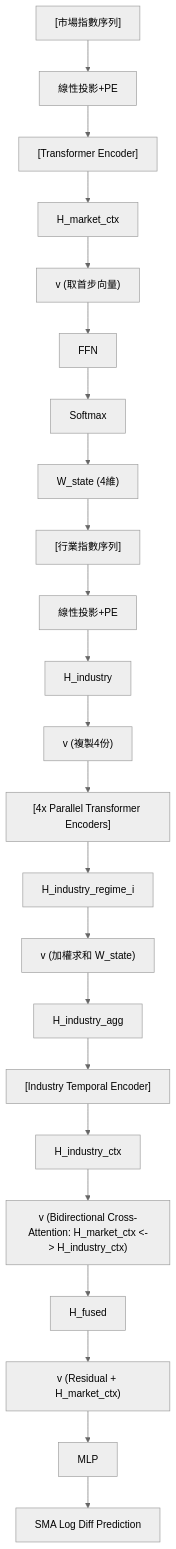
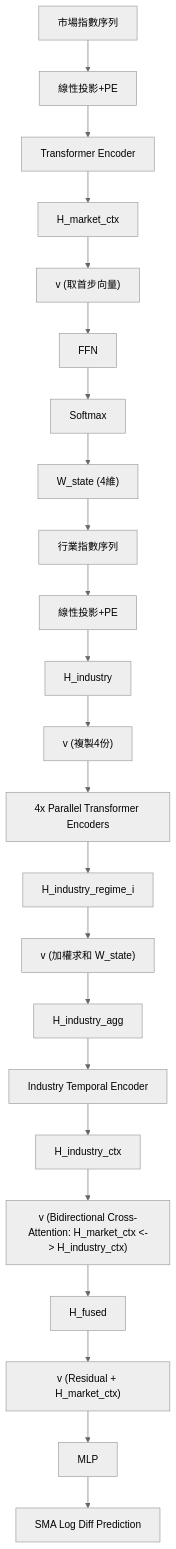
The diagram in foundations/time-series-forecasting/tisfm.md (sou350121/Trading-Handbook), drawn with Mermaid (neutral theme) before and after one commit. The commit also changed 191 other files, not shown here.

First line of the commit message:
render: fix math + mermaid for GitHub across the corpus (188 pages)

````diff
--- a/foundations/time-series-forecasting/tisfm.md
+++ b/foundations/time-series-forecasting/tisfm.md
@@ -32,25 +32,25 @@
 ```mermaid
 flowchart TD
-    A["[市場指數序列]"] --> B["線性投影+PE"]
-    B --> C["[Transformer Encoder]"]
+    A["市場指數序列"] --> B["線性投影+PE"]
+    B --> C["Transformer Encoder"]
     C --> D["H_market_ctx"]
     D --> E["v (取首步向量)"]
     E --> F["FFN"]
     F --> G["Softmax"]
     G --> H["W_state (4維)"]
-    H --> I["[行業指數序列]"]
+    H --> I["行業指數序列"]
     I --> J["線性投影+PE"]
     J --> K["H_industry"]
     K --> L["v (複製4份)"]
-    L --> M["[4x Parallel Transformer Encoders]"]
+    L --> M["4x Parallel Transformer Encoders"]
     M --> N["H_industry_regime_i"]
     N --> O["v (加權求和 W_state)"]
     O --> P["H_industry_agg"]
-    P --> Q["[Industry Temporal Encoder]"]
+    P --> Q["Industry Temporal Encoder"]
     Q --> R["H_industry_ctx"]
-    R --> S["v (Bidirectional Cross-Attention: H_market_ctx <-> H_industry_ctx)"]
+    R --> S["v (Bidirectional Cross-Attention: H_market_ctx &lt;-&gt; H_industry_ctx)"]
     S --> T["H_fused"]
     T --> U["v (Residual + H_market_ctx)"]
     U --> V["MLP"]
     V --> W["SMA Log Diff Prediction"]
 ```
````
